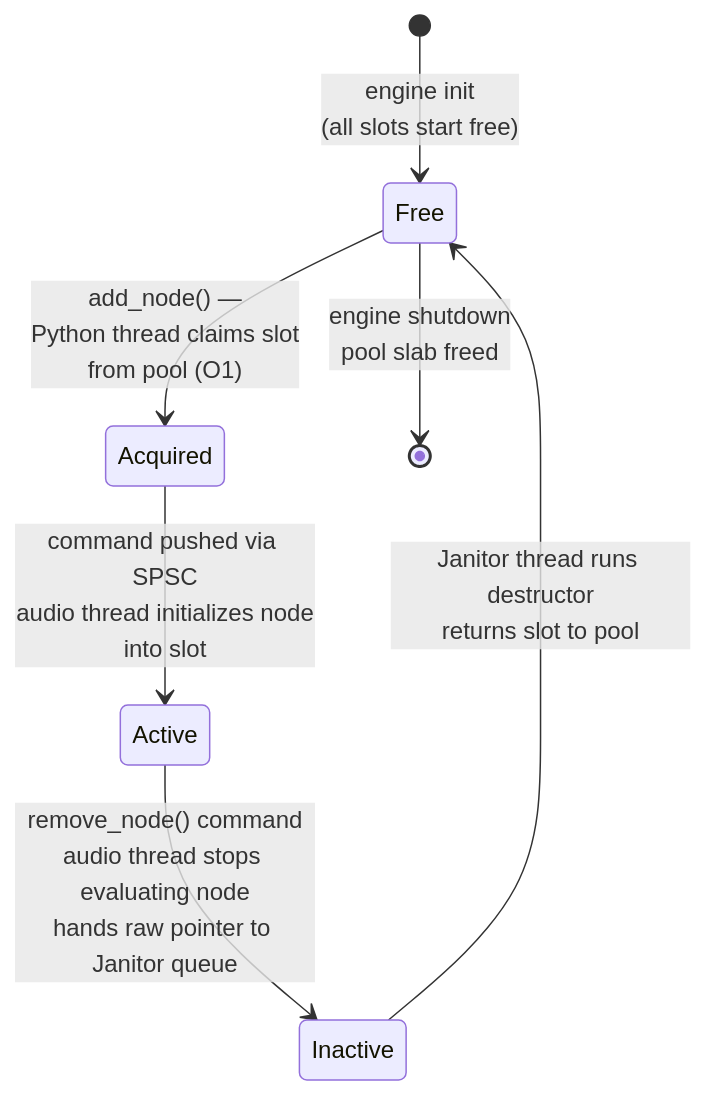
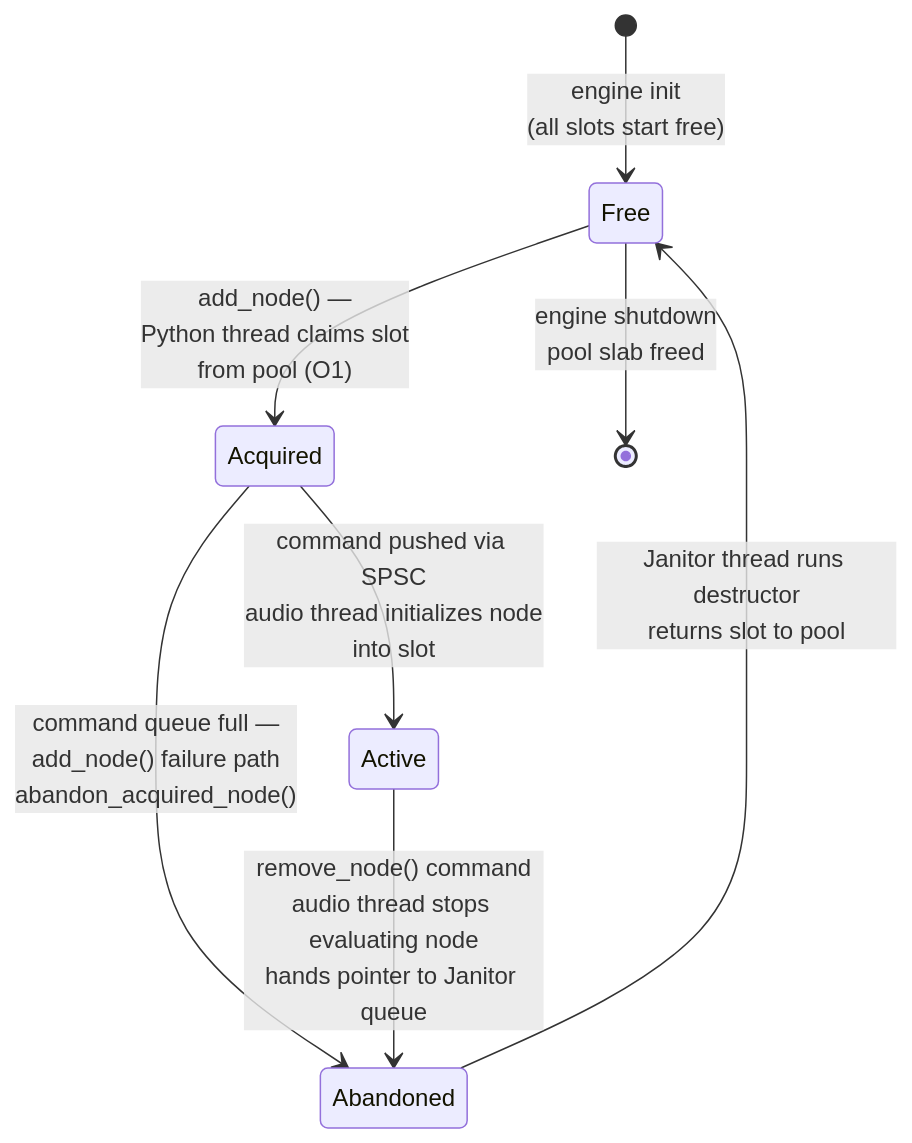
The third of 7 diagrams in docs/research.md (ademhoskin/mach), drawn with Mermaid before and after one commit. The commit also changed other lines of this file and 8 other files, not shown here.

First line of the commit message:
fix(pool!): ensure nodes that fail to activate are recycled by janitor

````diff
--- a/docs/research.md
+++ b/docs/research.md
@@ -284,9 +284,10 @@
 ```mermaid
 stateDiagram-v2
     [*] --> Free : engine init<br/>(all slots start free)
     Free --> Acquired : add_node() —<br/>Python thread claims slot<br/>from pool (O1)
     Acquired --> Active : command pushed via SPSC<br/>audio thread initializes node<br/>into slot
-    Active --> Inactive : remove_node() command<br/>audio thread stops evaluating node<br/>hands raw pointer to Janitor queue
-    Inactive --> Free : Janitor thread runs destructor<br/>returns slot to pool
+    Acquired --> Abandoned : command queue full —<br/>add_node() failure path<br/>abandon_acquired_node()
+    Active --> Abandoned : remove_node() command<br/>audio thread stops evaluating node<br/>hands pointer to Janitor queue
+    Abandoned --> Free : Janitor thread runs destructor<br/>returns slot to pool
     Free --> [*] : engine shutdown<br/>pool slab freed
 ```
````
